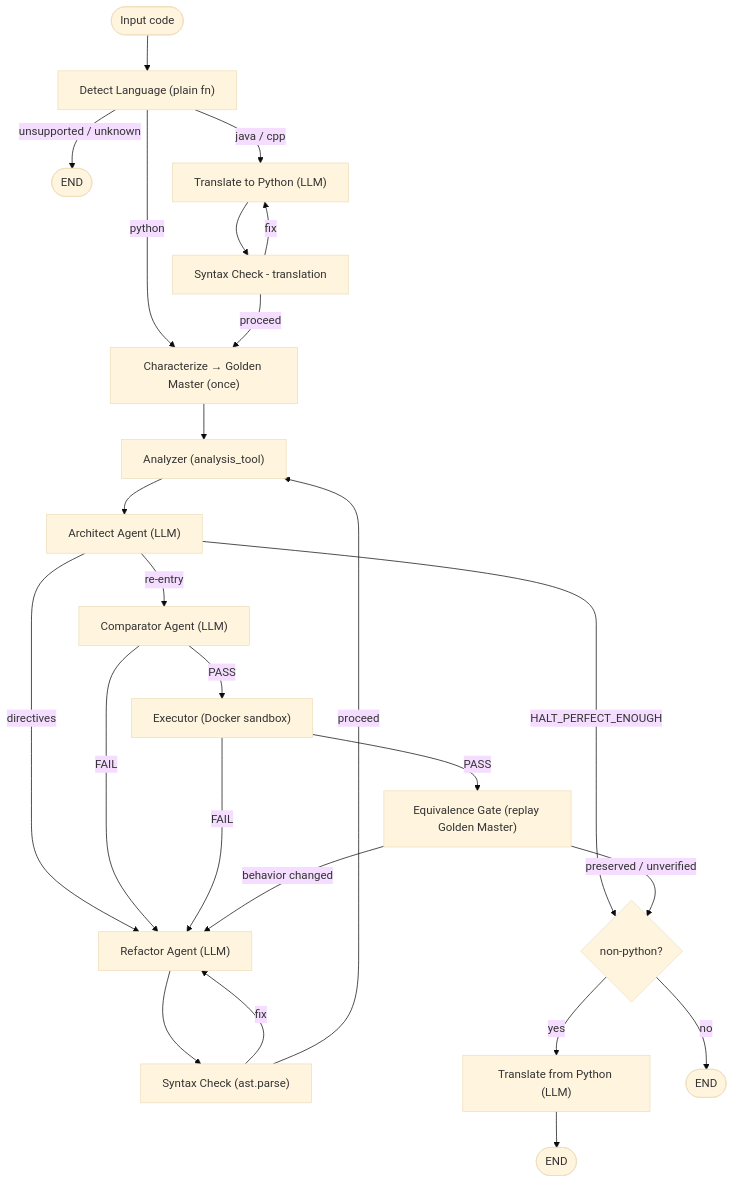
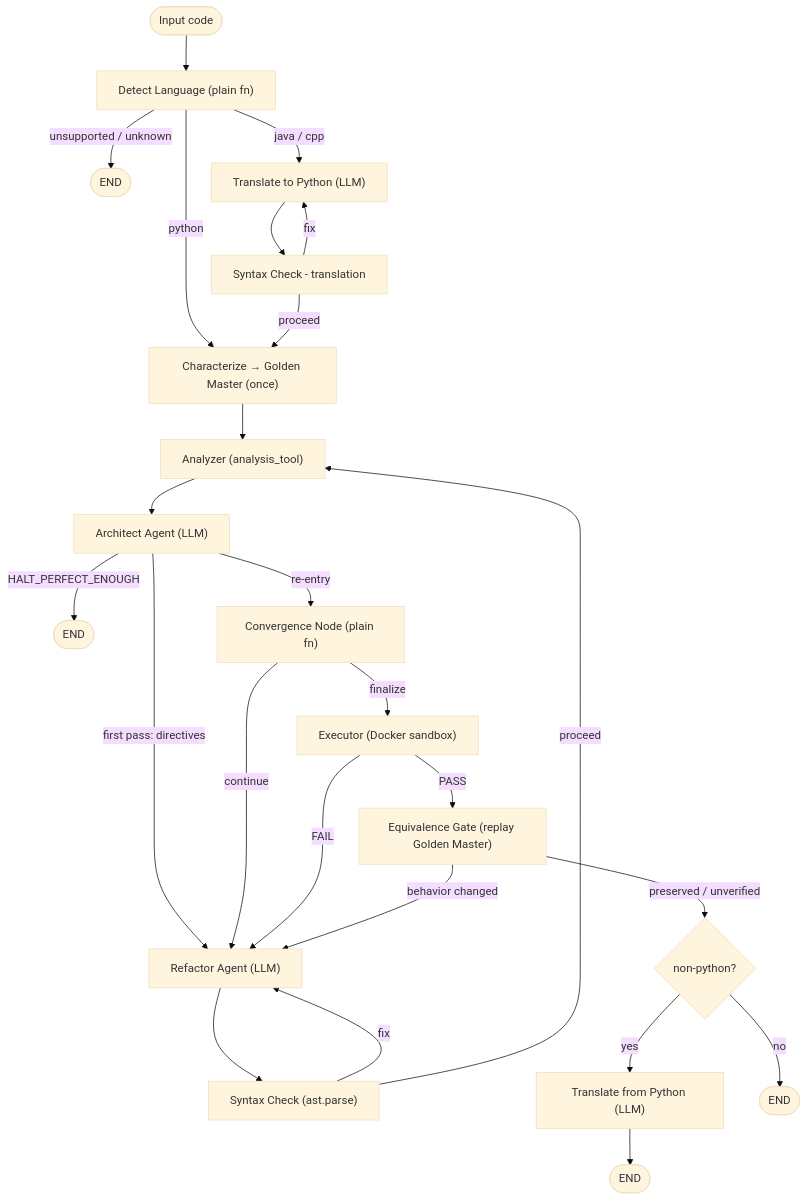
One commit to AbdallahSabry7/CodeGaurd changed the diagram in README.md. Above: the diagram before and after it, drawn with Mermaid (base theme). The commit also changed other lines of this file, not shown here.

````diff
--- a/README.md
+++ b/README.md
@@ -21,27 +14,27 @@
 ```mermaid
 flowchart TD
     Start([Input code]) --> Detect["Detect Language (plain fn)"]
     Detect -->|"unsupported / unknown"| End1([END])
     Detect -->|python| Char["Characterize → Golden Master (once)"]
     Detect -->|"java / cpp"| ToPy["Translate to Python (LLM)"]
     ToPy --> SynT["Syntax Check - translation"]
     SynT -->|fix| ToPy
     SynT -->|proceed| Char
     Char --> Analyze["Analyzer (analysis_tool)"]
     Analyze --> Arch["Architect Agent (LLM)"]
-    Arch -->|HALT_PERFECT_ENOUGH| Fin
-    Arch -->|directives| Refactor["Refactor Agent (LLM)"]
-    Arch -->|re-entry| Compare["Comparator Agent (LLM)"]
+    Arch -->|HALT_PERFECT_ENOUGH| End2([END])
+    Arch -->|"first pass: directives"| Refactor["Refactor Agent (LLM)"]
+    Arch -->|"re-entry"| Conv["Convergence Node (plain fn)"]
     Refactor --> Syn["Syntax Check (ast.parse)"]
     Syn -->|fix| Refactor
     Syn -->|proceed| Analyze
-    Compare -->|FAIL| Refactor
-    Compare -->|PASS| Exec["Executor (Docker sandbox)"]
+    Conv -->|continue| Refactor
+    Conv -->|finalize| Exec["Executor (Docker sandbox)"]
     Exec -->|FAIL| Refactor
     Exec -->|PASS| Equiv["Equivalence Gate (replay Golden Master)"]
     Equiv -->|behavior changed| Refactor
     Equiv -->|"preserved / unverified"| Fin{"non-python?"}
     Fin -->|yes| FromPy["Translate from Python (LLM)"]
     Fin -->|no| End3([END])
     FromPy --> End4([END])
 ```
````
